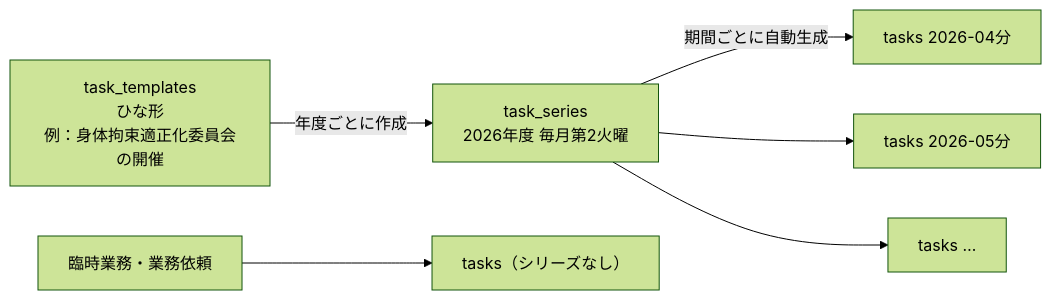
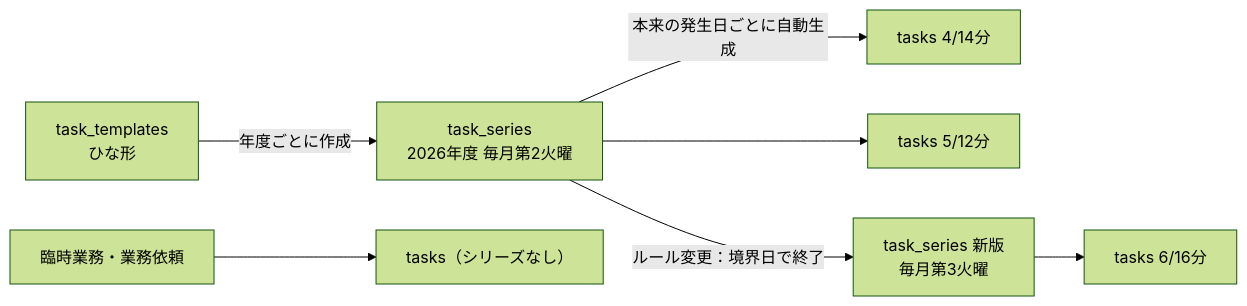
Before and after one commit to mao726/company: the third of 3 diagrams in ai-facility-partner/docs/architecture/database-design.md, drawn with Mermaid (forest theme). The commit also changed other lines of this file and 22 other files, not shown here.

````diff
--- a/ai-facility-partner/docs/architecture/database-design.md
+++ b/ai-facility-partner/docs/architecture/database-design.md
@@ -180,8 +294,9 @@
 ```mermaid
 flowchart LR
-  TT[task_templates<br/>ひな形<br/>例：身体拘束適正化委員会の開催] -->|年度ごとに作成| TS[task_series<br/>2026年度 毎月第2火曜]
-  TS -->|期間ごとに自動生成| T1[tasks 2026-04分]
-  TS --> T2[tasks 2026-05分]
-  TS --> T3[tasks …]
+  TT[task_templates<br/>ひな形] -->|年度ごとに作成| TS[task_series<br/>2026年度 毎月第2火曜]
+  TS -->|本来の発生日ごとに自動生成| T1[tasks 4/14分]
+  TS --> T2[tasks 5/12分]
+  TS -->|ルール変更：境界日で終了| TS2[task_series 新版<br/>毎月第3火曜]
+  TS2 --> T3[tasks 6/16分]
   ADHOC[臨時業務・業務依頼] --> T4[tasks（シリーズなし）]
 ```
````
